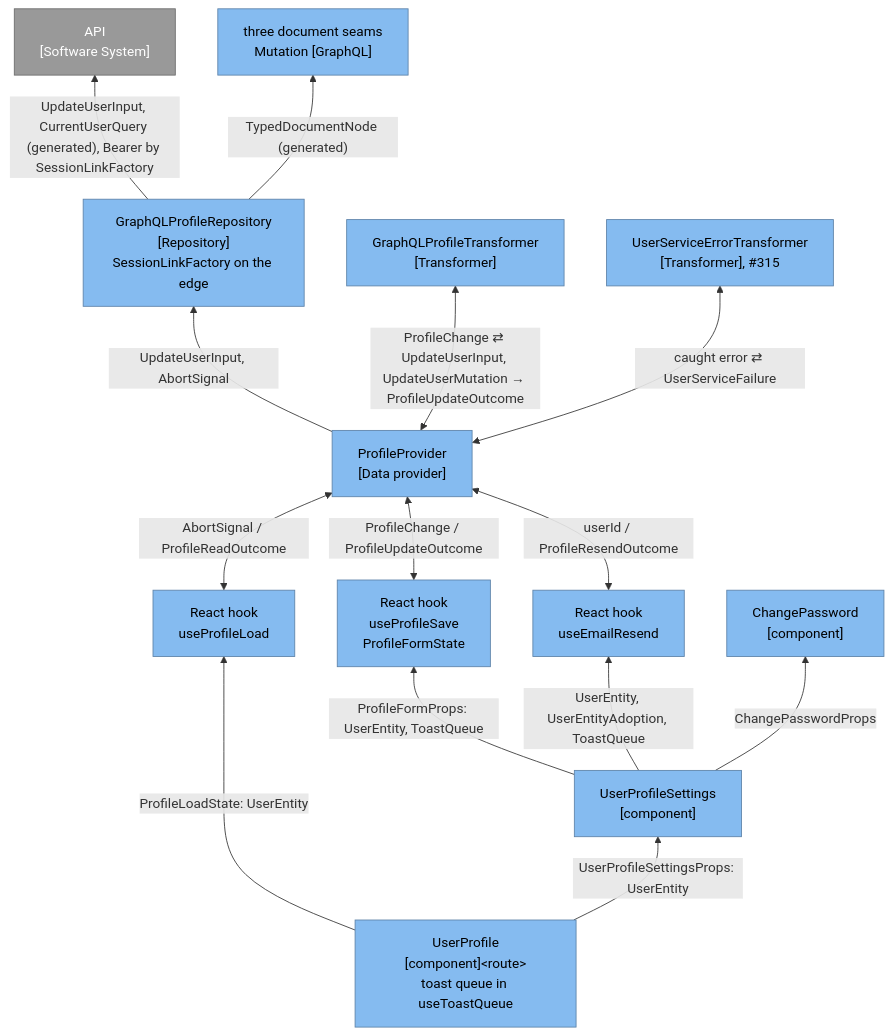
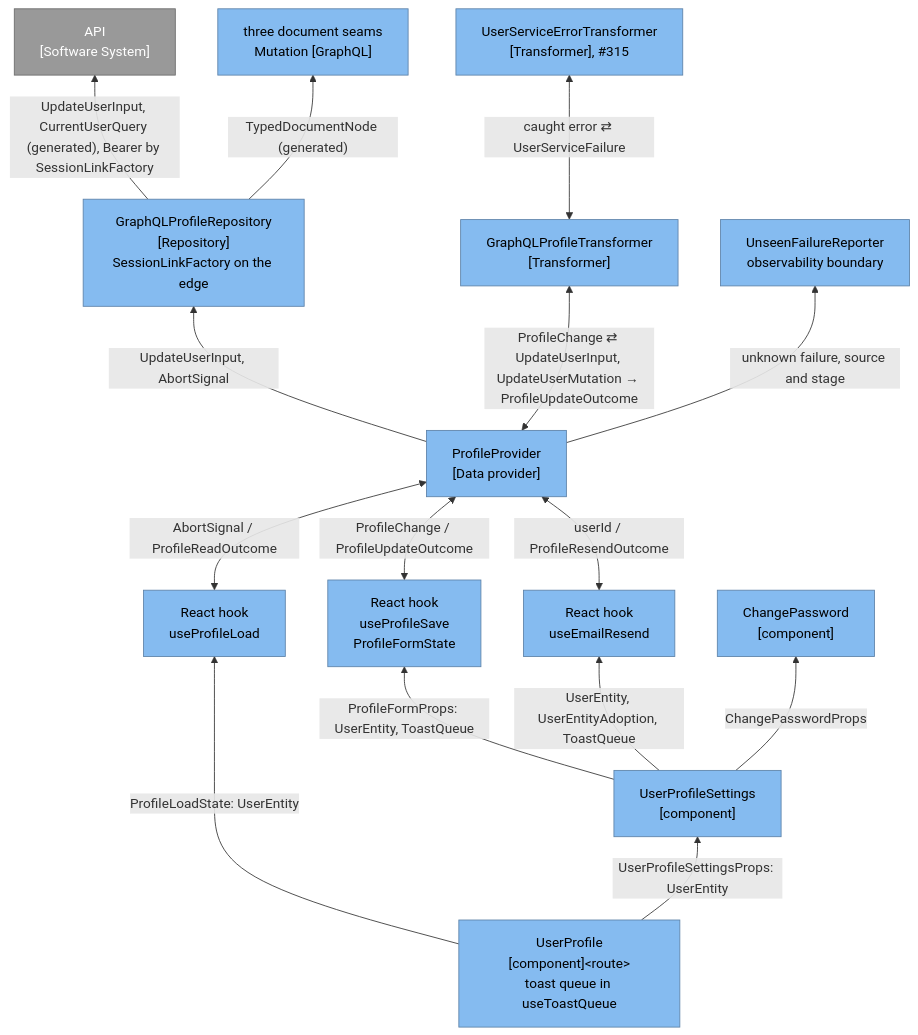
The third of 8 diagrams in specs/user-settings/planning-artifacts/architecture-user-settings-2026-10-06.md (VilnaCRM-Org/crm), drawn with Mermaid before and after one commit. The commit also changed other lines of this file and 38 other files, not shown here.

````diff
--- a/specs/user-settings/planning-artifacts/architecture-user-settings-2026-10-06.md
+++ b/specs/user-settings/planning-artifacts/architecture-user-settings-2026-10-06.md
@@ -529,30 +530,32 @@
 ```mermaid
 flowchart BT
   API["API<br/>[Software System]"]:::external
   REPO["GraphQLProfileRepository<br/>[Repository]<br/>SessionLinkFactory on the edge"]:::component
   DOCS["three document seams<br/>Mutation [GraphQL]"]:::component
   PROV["ProfileProvider<br/>[Data provider]"]:::component
   GTR["GraphQLProfileTransformer<br/>[Transformer]"]:::component
   ETR["UserServiceErrorTransformer<br/>[Transformer], #315"]:::component
+  UFR["UnseenFailureReporter<br/>observability boundary"]:::component
   HLOAD["React hook<br/>useProfileLoad"]:::component
   HSAVE["React hook<br/>useProfileSave<br/>ProfileFormState"]:::component
   HRES["React hook<br/>useEmailResend"]:::component
   PAGE["UserProfile<br/>[component]&lt;route&gt;<br/>toast queue in useToastQueue"]:::component
   UPS["UserProfileSettings<br/>[component]"]:::component
   RP["ChangePassword<br/>[component]"]:::component
   REPO -->|"UpdateUserInput, CurrentUserQuery (generated), Bearer by SessionLinkFactory"| API
   REPO -->|"TypedDocumentNode (generated)"| DOCS
   PROV -->|"UpdateUserInput, AbortSignal"| REPO
   PROV <-->|"ProfileChange ⇄ UpdateUserInput, UpdateUserMutation → ProfileUpdateOutcome"| GTR
-  PROV <-->|"caught error ⇄ UserServiceFailure"| ETR
+  GTR <-->|"caught error ⇄ UserServiceFailure"| ETR
+  PROV -->|"unknown failure, source and stage"| UFR
   HLOAD <-->|"AbortSignal / ProfileReadOutcome"| PROV
   HSAVE <-->|"ProfileChange / ProfileUpdateOutcome"| PROV
   HRES <-->|"userId / ProfileResendOutcome"| PROV
   PAGE -->|"ProfileLoadState: UserEntity"| HLOAD
   UPS -->|"ProfileFormProps: UserEntity, ToastQueue"| HSAVE
   UPS -->|"UserEntity, UserEntityAdoption, ToastQueue"| HRES
   UPS -->|"ChangePasswordProps"| RP
   PAGE -->|"UserProfileSettingsProps: UserEntity"| UPS
   classDef component fill:#85BBF0,stroke:#5D82A8,color:#000;
   classDef external fill:#999999,stroke:#6B6B6B,color:#fff;
 ```
````
